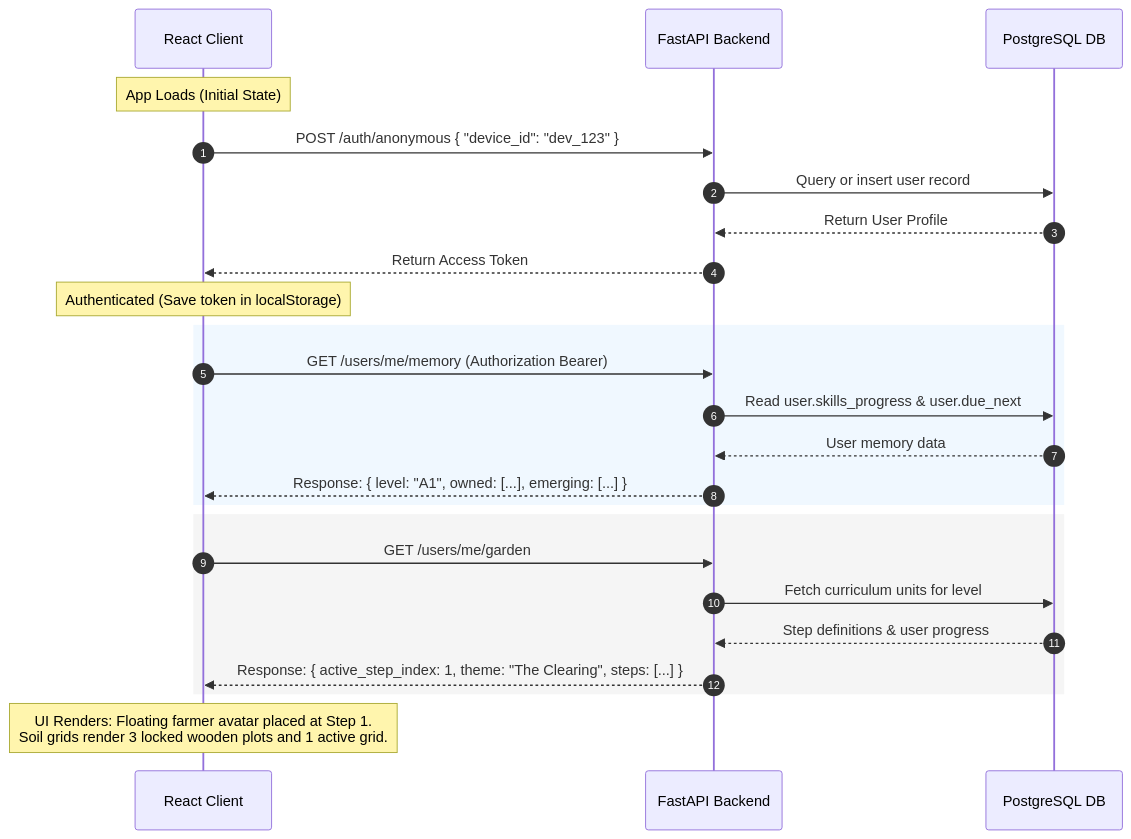
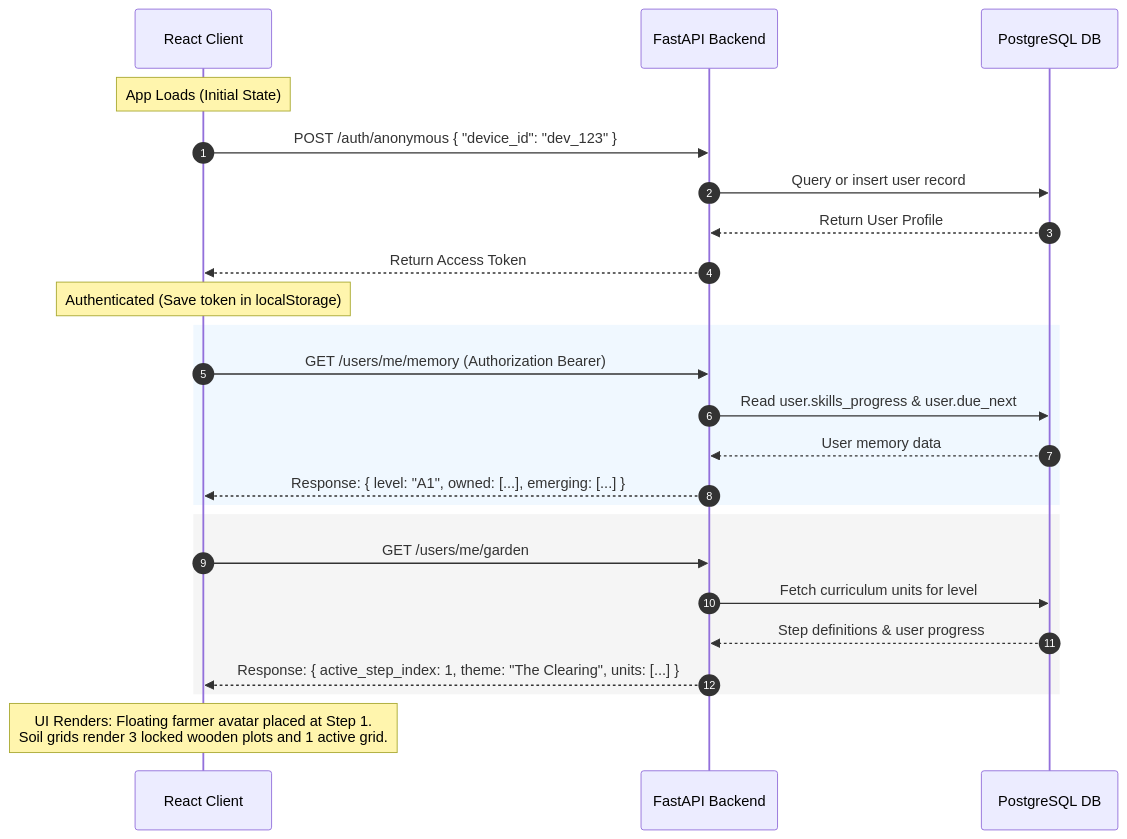
One commit to anshika410/English_learning_flutter_app changed the second of 4 diagrams in docs/mintlify-src/system-architecture.mdx. Above: the diagram before and after it, drawn with Mermaid. The commit also changed other lines of this file and 1 other file, not shown here.

Commit message:
Update docs MDX files to use units/unit schema terminology

````diff
--- a/docs/mintlify-src/system-architecture.mdx
+++ b/docs/mintlify-src/system-architecture.mdx
@@ -60,30 +60,30 @@
 ```mermaid
 sequenceDiagram
     autonumber
     participant Client as React Client
     participant API as FastAPI Backend
     participant DB as PostgreSQL DB
 
     Note over Client: App Loads (Initial State)
     Client->>API: POST /auth/anonymous { "device_id": "dev_123" }
     API->>DB: Query or insert user record
     DB-->>API: Return User Profile
     API-->>Client: Return Access Token
 
     Note over Client: Authenticated (Save token in localStorage)
     rect rgb(240, 248, 255)
         Client->>API: GET /users/me/memory (Authorization Bearer)
         API->>DB: Read user.skills_progress & user.due_next
         DB-->>API: User memory data
         API-->>Client: Response: { level: "A1", owned: [...], emerging: [...] }
     end
 
     rect rgb(245, 245, 245)
         Client->>API: GET /users/me/garden
         API->>DB: Fetch curriculum units for level
         DB-->>API: Step definitions & user progress
-        API-->>Client: Response: { active_step_index: 1, theme: "The Clearing", steps: [...] }
+        API-->>Client: Response: { active_step_index: 1, theme: "The Clearing", units: [...] }
     end
 
     Note over Client: UI Renders: Floating farmer avatar placed at Step 1.<br/>Soil grids render 3 locked wooden plots and 1 active grid.
 ```
````
